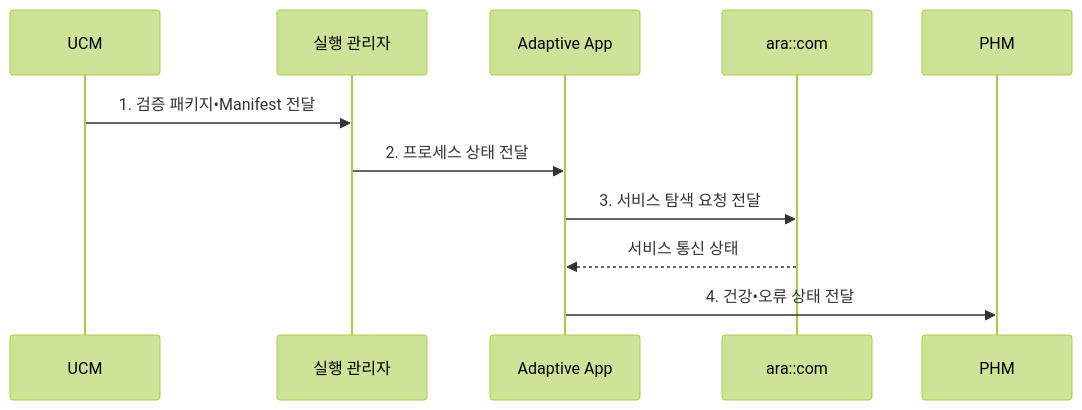
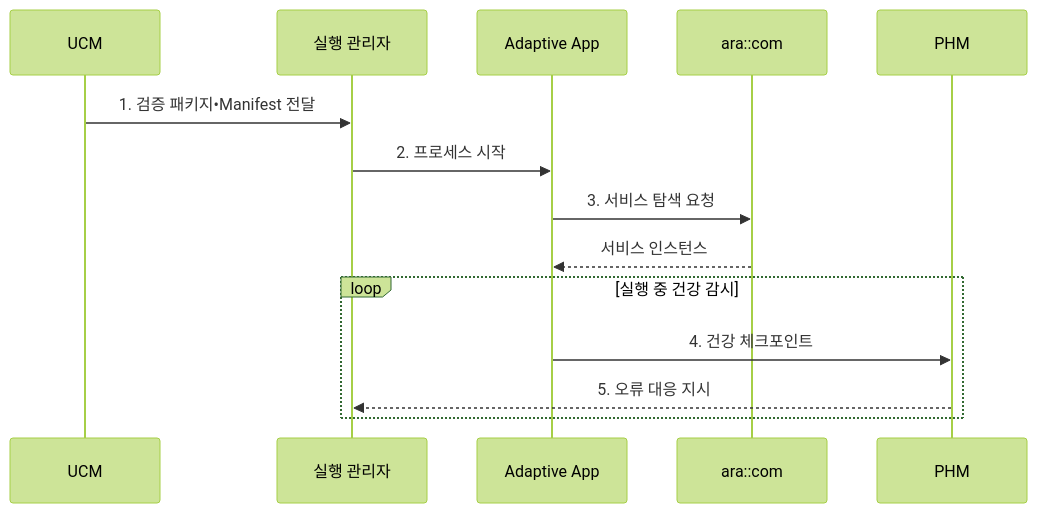
Before and after one commit to agnusdei1207/knowledge-base: the second of 2 diagrams in src/content/docs/notes/08-latest-tech/206_autosar_adaptive.md, drawn with Mermaid (forest theme). The commit also changed other lines of this file and 15 other files, not shown here.

````diff
--- a/src/content/docs/notes/08-latest-tech/206_autosar_adaptive.md
+++ b/src/content/docs/notes/08-latest-tech/206_autosar_adaptive.md
@@ -105,13 +105,16 @@
 ```mermaid
 sequenceDiagram
     participant U as UCM
     participant E as 실행 관리자
     participant A as Adaptive App
     participant C as ara::com
     participant H as PHM
     U->>E: 1. 검증 패키지•Manifest 전달
-    E->>A: 2. 프로세스 상태 전달
-    A->>C: 3. 서비스 탐색 요청 전달
-    C-->>A: 서비스 통신 상태
-    A->>H: 4. 건강•오류 상태 전달
+    E->>A: 2. 프로세스 시작
+    A->>C: 3. 서비스 탐색 요청
+    C-->>A: 서비스 인스턴스
+    loop 실행 중 건강 감시
+        A->>H: 4. 건강 체크포인트
+        H-->>E: 5. 오류 대응 지시
+    end
 ```
````
